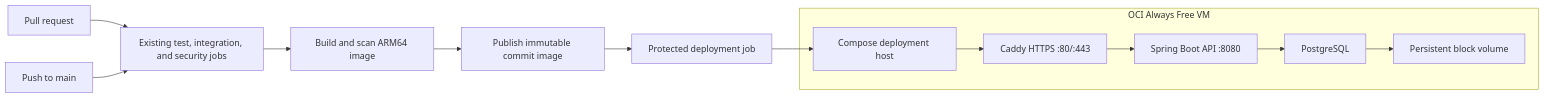
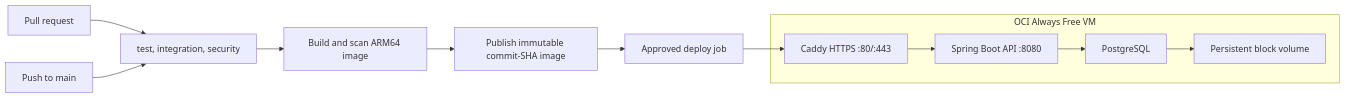
Before and after one commit to kyledelfin2006/libro-library-system: the diagram in docs/devops/ci-cd.md, drawn with Mermaid. The commit also changed other lines of this file and 3 other files, not shown here.

````diff
--- a/docs/devops/ci-cd.md
+++ b/docs/devops/ci-cd.md
@@ -48,15 +16,14 @@
 ```mermaid
 flowchart LR
-    PR[Pull request] --> CI[Existing test, integration, and security jobs]
+    PR[Pull request] --> CI[test, integration, security]
     Main[Push to main] --> CI
     CI --> Image[Build and scan ARM64 image]
-    Image --> Registry[Publish immutable commit image]
-    Registry --> Deploy[Protected deployment job]
+    Image --> Registry[Publish immutable commit-SHA image]
+    Registry --> Deploy[Approved deploy job]
     subgraph OCI[OCI Always Free VM]
-        DeployHost[Compose deployment host] --> Caddy
         Caddy[Caddy HTTPS :80/:443] --> API[Spring Boot API :8080]
         API --> DB[PostgreSQL]
         DB --> Volume[Persistent block volume]
     end
-    Deploy --> DeployHost
+    Deploy --> Caddy
 ```
````
